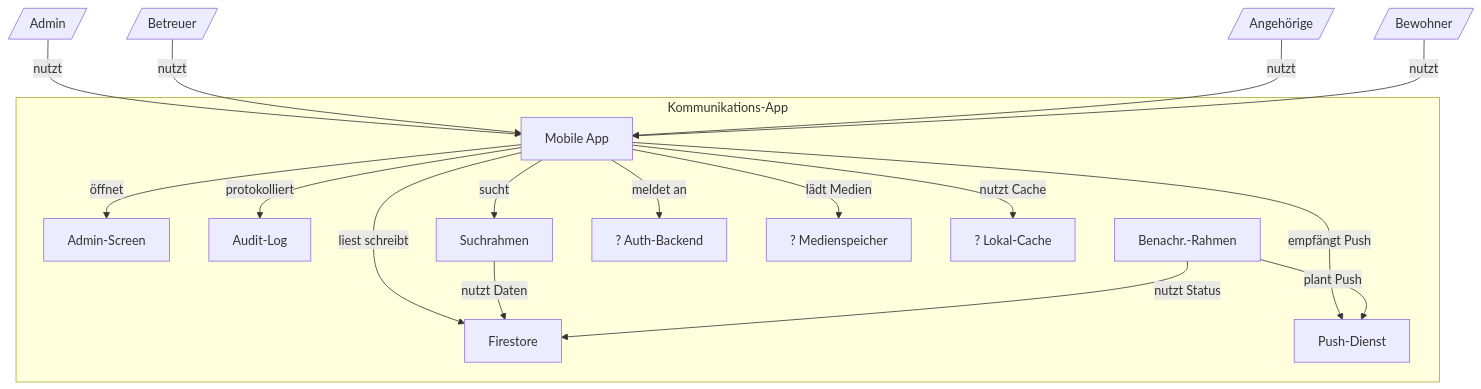
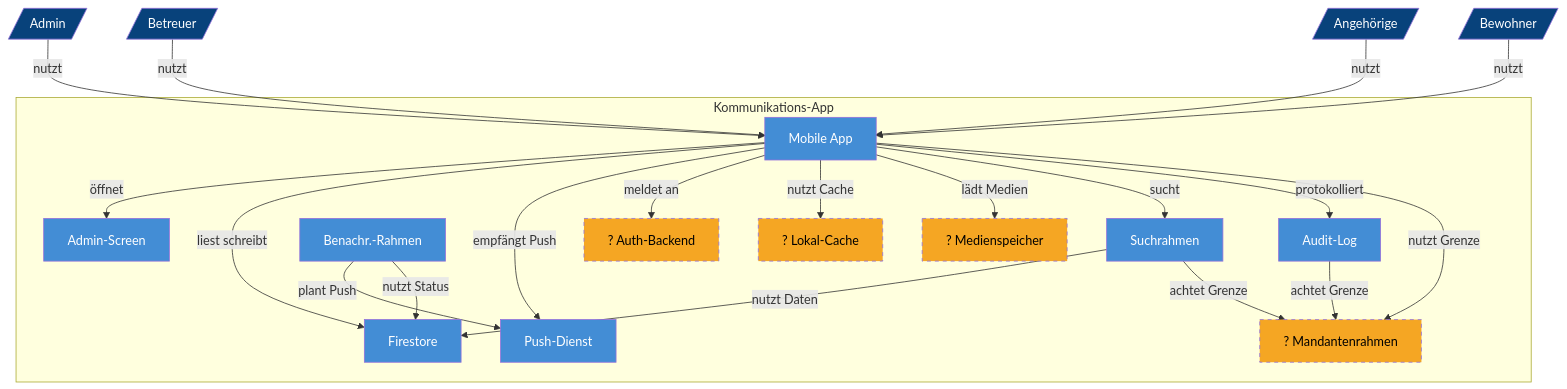
Before and after one commit to armiino/Agentic-GitHub-refactor: the second of 2 diagrams in docs/c4.md, drawn with Mermaid. The commit also changed other lines of this file, not shown here.

````diff
--- a/docs/c4.md
+++ b/docs/c4.md
@@ -39,38 +43,51 @@
 ```mermaid
 flowchart TB
   admin[/"Admin"/]
   user[/"Betreuer"/]
   relative[/"Angehörige"/]
   resident[/"Bewohner"/]
 
   subgraph app["Kommunikations-App"]
     mobileApp["Mobile App"]
     adminScreen["Admin-Screen"]
     auditLog["Audit-Log"]
     serverNotification["Benachr.-Rahmen"]
     searchFrame["Suchrahmen"]
     firestore["Firestore"]
     pushService["Push-Dienst"]
     q1["? Auth-Backend"]
     q3["? Medienspeicher"]
     q4["? Lokal-Cache"]
+    q5["? Mandantenrahmen"]
   end
 
   admin -->|nutzt| mobileApp
   user -->|nutzt| mobileApp
   relative -->|nutzt| mobileApp
   resident -->|nutzt| mobileApp
 
   mobileApp -->|öffnet| adminScreen
   mobileApp -->|liest schreibt| firestore
   mobileApp -->|empfängt Push| pushService
   mobileApp -->|meldet an| q1
   mobileApp -->|nutzt Cache| q4
   mobileApp -->|lädt Medien| q3
   mobileApp -->|sucht| searchFrame
   mobileApp -->|protokolliert| auditLog
+  mobileApp -->|nutzt Grenze| q5
 
   searchFrame -->|nutzt Daten| firestore
+  searchFrame -->|achtet Grenze| q5
   serverNotification -->|plant Push| pushService
   serverNotification -->|nutzt Status| firestore
+  auditLog -->|achtet Grenze| q5
+
+  classDef person fill:#08427b,color:#fff
+  classDef container fill:#438dd5,color:#fff
+  classDef ext fill:#999,color:#fff
+  classDef gap fill:#f5a623,color:#000,stroke-dasharray: 5 5
+
+  class admin,user,relative,resident person
+  class mobileApp,adminScreen,auditLog,serverNotification,searchFrame,firestore,pushService container
+  class q1,q3,q4,q5 gap
 ```
````
